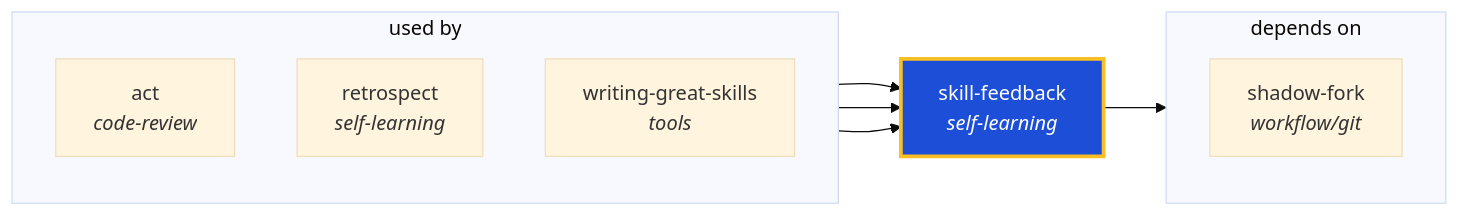
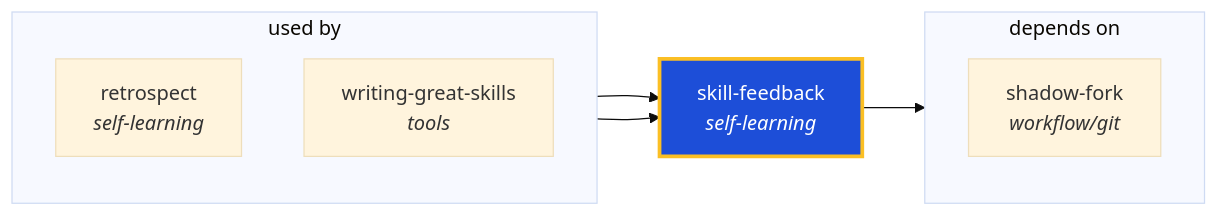
The diagram in docs/graphs/generated/skill-feedback.md (ThePlenkov/skills), drawn with Mermaid (base theme) before and after one commit. The commit also changed other lines of this file and 40 other files, not shown here.

````diff
--- a/docs/graphs/generated/skill-feedback.md
+++ b/docs/graphs/generated/skill-feedback.md
@@ -22,22 +22,20 @@
 ```mermaid
 graph LR
   skill_feedback["skill-feedback<br/><i>self-learning</i>"]
   classDef center fill:#1d4ed8,stroke:#fbbf24,stroke-width:3px,color:#fff
   class skill_feedback center
 
   subgraph sg_used_by["used by"]
     direction TB
-    act["act<br/><i>code-review</i>"]
     retrospect["retrospect<br/><i>self-learning</i>"]
     writing_great_skills["writing-great-skills<br/><i>tools</i>"]
   end
-  act --> skill_feedback
   retrospect --> skill_feedback
   writing_great_skills --> skill_feedback
 
   subgraph sg_depends_on["depends on"]
     direction TB
     shadow_fork["shadow-fork<br/><i>workflow/git</i>"]
   end
   skill_feedback --> shadow_fork
 ```
````
